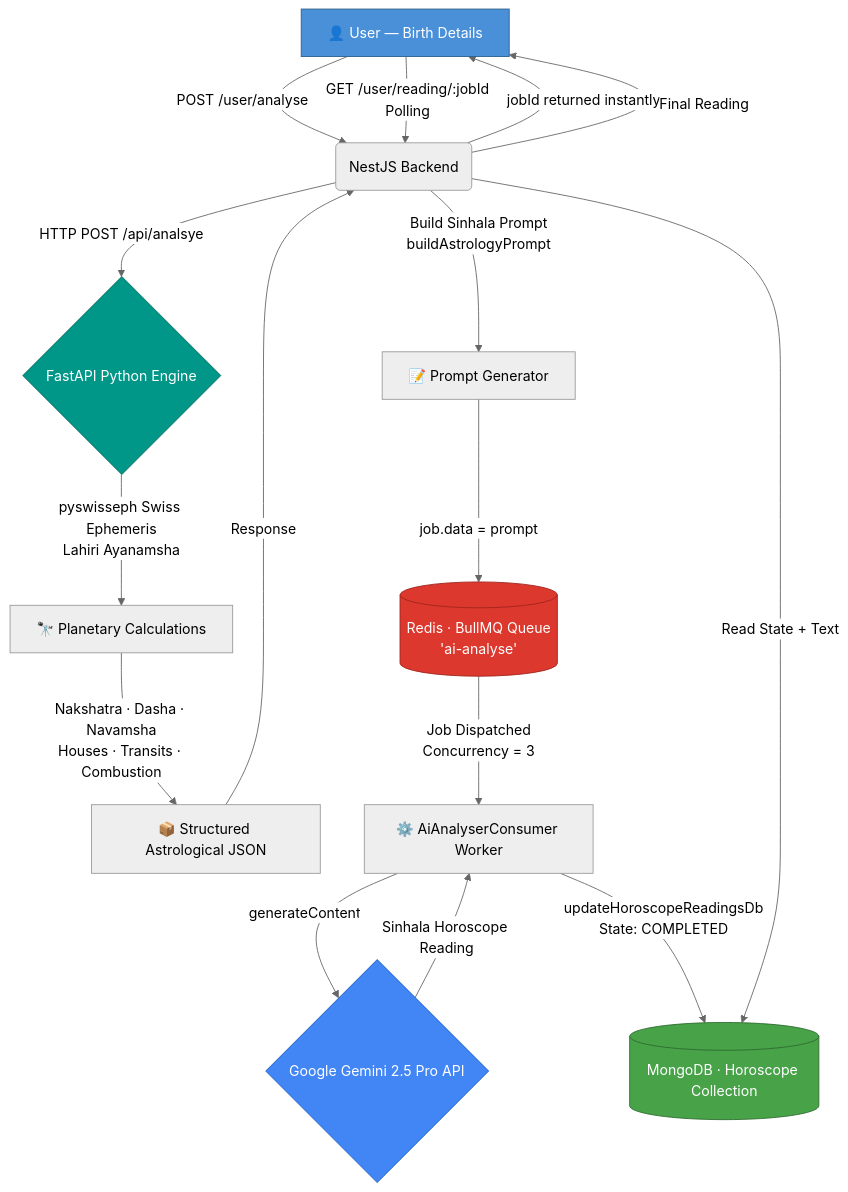
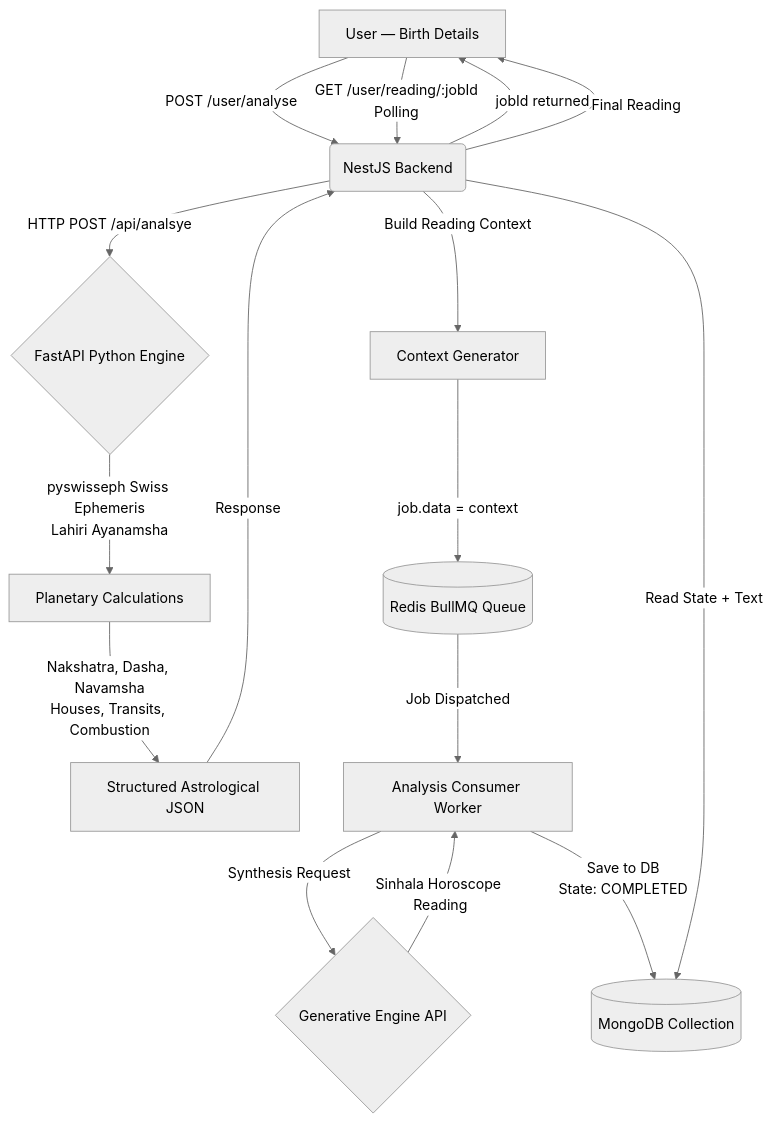
The diagram in README.md (dumidulkdev/Hadahana), drawn with Mermaid (neutral theme) before and after one commit. The commit also changed other lines of this file, not shown here.

````diff
--- a/README.md
+++ b/README.md
@@ -36,29 +41,23 @@
 ```mermaid
 flowchart TD
-    A["👤 User — Birth Details"] -->|"POST /user/analyse"| B("NestJS Backend")
+    A["User — Birth Details"] -->|"POST /user/analyse"| B("NestJS Backend")
 
     B -->|"HTTP POST /api/analsye"| C{"FastAPI Python Engine"}
-    C -->|"pyswisseph Swiss Ephemeris\nLahiri Ayanamsha"| D["🔭 Planetary Calculations"]
-    D -->|"Nakshatra · Dasha · Navamsha\nHouses · Transits · Combustion"| E["📦 Structured Astrological JSON"]
+    C -->|"pyswisseph Swiss Ephemeris\nLahiri Ayanamsha"| D["Planetary Calculations"]
+    D -->|"Nakshatra, Dasha, Navamsha\nHouses, Transits, Combustion"| E["Structured Astrological JSON"]
     E -->|Response| B
 
-    B -->|"Build Sinhala Prompt\nbuildAstrologyPrompt"| F["📝 Prompt Generator"]
-    F -->|"job.data = prompt"| G[("Redis · BullMQ Queue\n'ai-analyse'")]
-    G -->|"Job Dispatched\nConcurrency = 3"| H["⚙️ AiAnalyserConsumer Worker"]
+    B -->|"Build Reading Context"| F["Context Generator"]
+    F -->|"job.data = context"| G[("Redis BullMQ Queue")]
+    G -->|"Job Dispatched"| H["Analysis Consumer Worker"]
 
-    H -->|generateContent| I{"Google Gemini 2.5 Pro API"}
+    H -->|Synthesis Request| I{"Generative Engine API"}
     I -->|"Sinhala Horoscope Reading"| H
 
-    H -->|"updateHoroscopeReadingsDb\nState: COMPLETED"| J[("MongoDB · Horoscope Collection")]
+    H -->|"Save to DB\nState: COMPLETED"| J[("MongoDB Collection")]
 
-    B -->|"jobId returned instantly"| A
+    B -->|"jobId returned"| A
     A -->|"GET /user/reading/:jobId\nPolling"| B
     B -->|"Read State + Text"| J
     B -->|"Final Reading"| A
-
-    style A fill:#4A90D9,stroke:#2C5F8A,color:#fff
-    style I fill:#4285F4,stroke:#1A5DC4,color:#fff
-    style G fill:#DC382D,stroke:#A0251F,color:#fff
-    style J fill:#47A248,stroke:#2E6B2F,color:#fff
-    style C fill:#009688,stroke:#00695C,color:#fff
 ```
````
